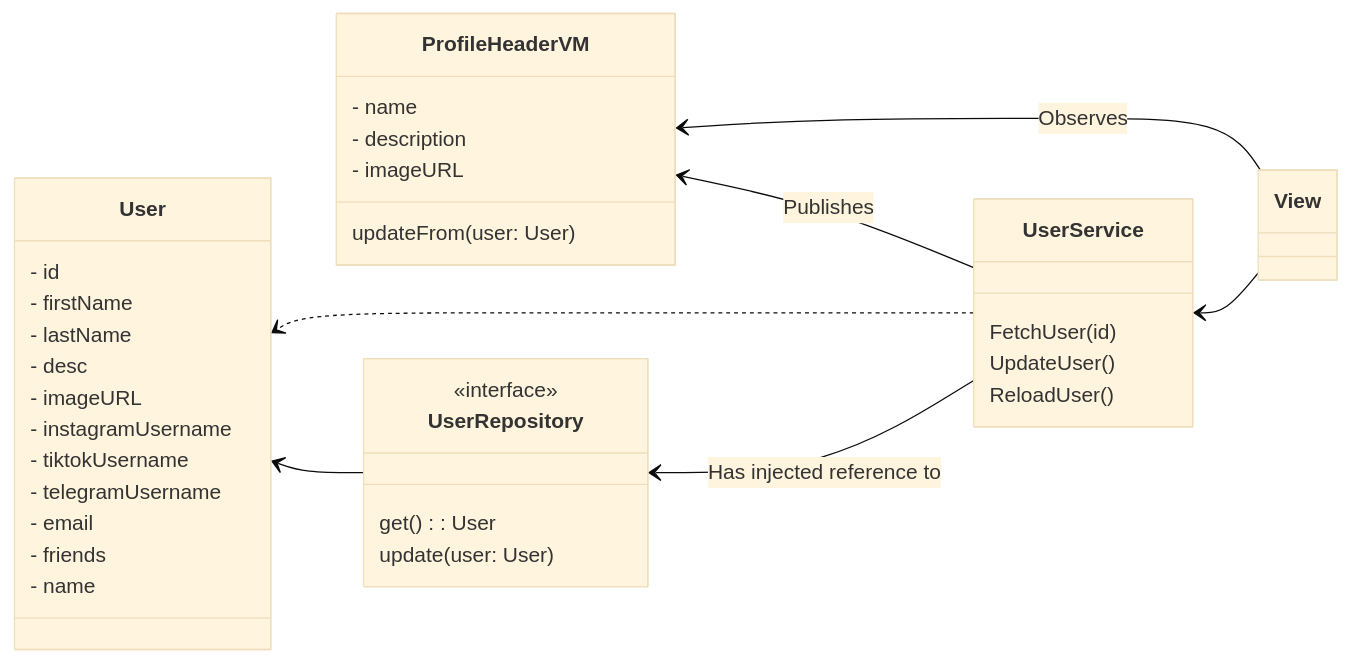
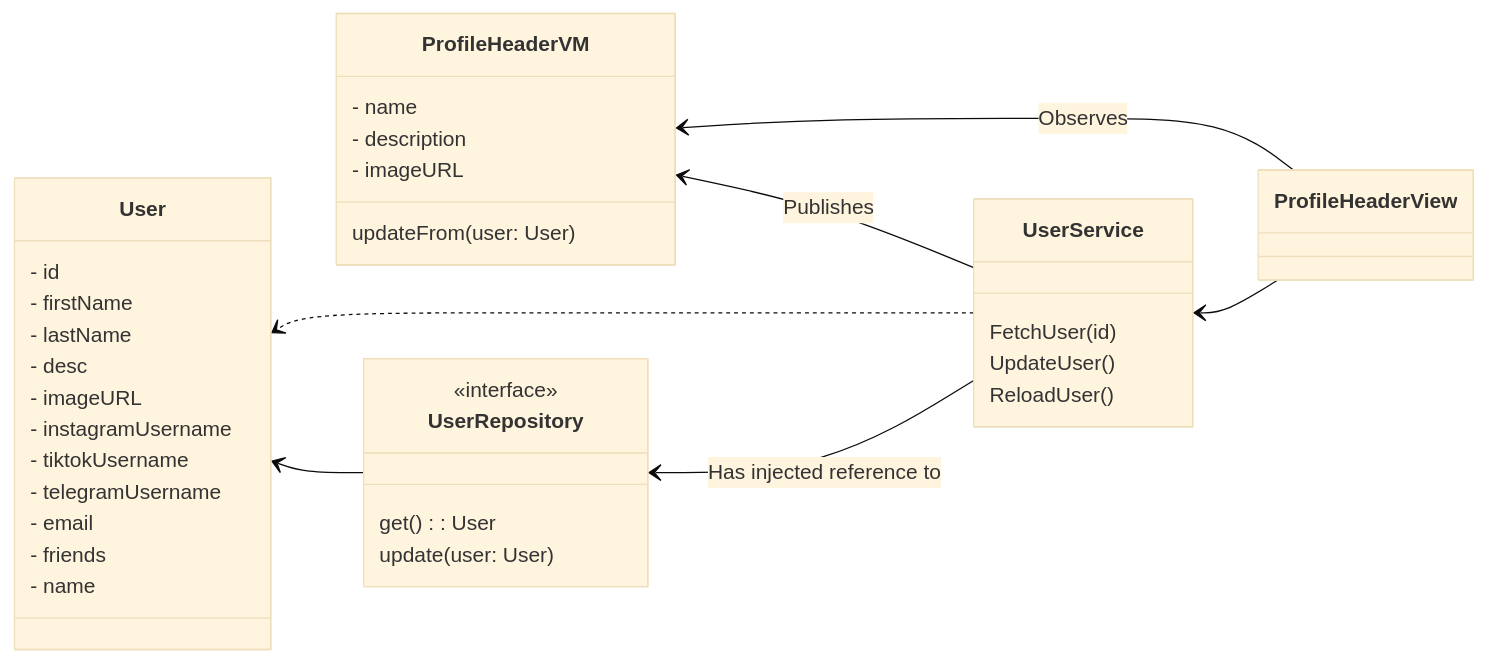
Before and after one commit to cs3217-2223/group-project-sotravel: the diagram in Sotravel/docs/diagrams/sprint-2-report/concrete-view-service-viewmodel.mmd, drawn with Mermaid (base theme). The commit also changed 1 other file, not shown here.

Commit message:
Update diagram

```diff
--- a/Sotravel/docs/diagrams/sprint-2-report/concrete-view-service-viewmodel.mmd
+++ b/Sotravel/docs/diagrams/sprint-2-report/concrete-view-service-viewmodel.mmd
@@ -1,41 +1,41 @@
 classDiagram
     direction RL
     
-    View --> ProfileHeaderVM: Observes
-    View --> UserService
+    ProfileHeaderView --> ProfileHeaderVM: Observes
+    ProfileHeaderView --> UserService
     UserService ..> User
     UserRepository --> User
     UserService --> ProfileHeaderVM: Publishes
     UserService --> UserRepository: Has injected reference to
 
     
-    class View { }
+    class ProfileHeaderView { }
     class ProfileHeaderVM {
         - name
         - description
         - imageURL
         updateFrom(user: User)
     }
     class User {
         - id
         - firstName
         - lastName
         - desc
         - imageURL
         - instagramUsername
         - tiktokUsername
         - telegramUsername
         - email
         - friends
         - name
     }
     class UserService {
         FetchUser(id)
         UpdateUser()
         ReloadUser()
     }
     class UserRepository {
         <<interface>>
         get(): User
         update(user: User)
     }
```
